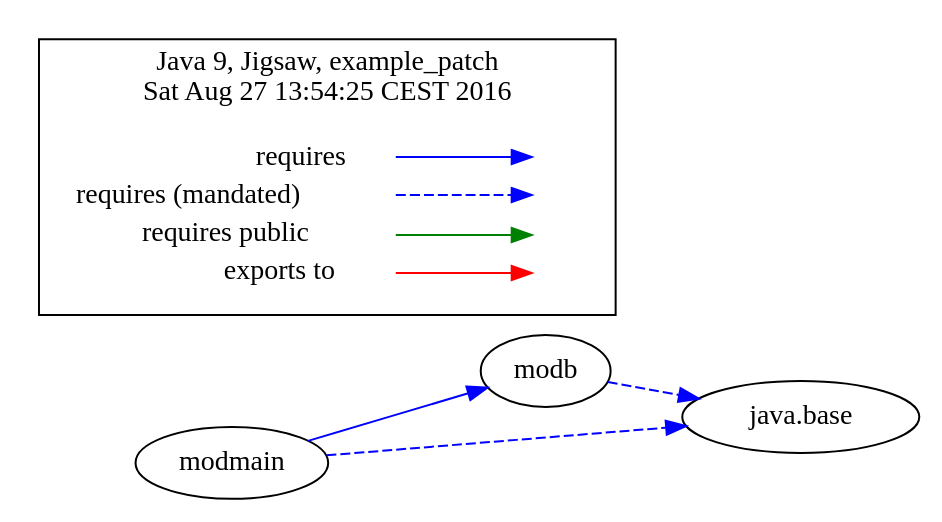
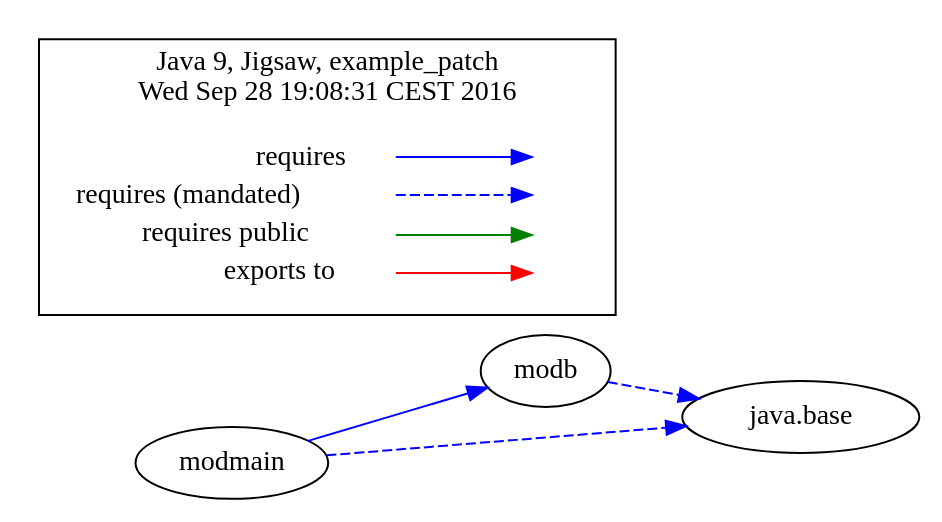
Before and after one commit to accso/java9-jigsaw-examples: the diagram in jigsaw-examples/example_patch/moduledependencies-withlegend.dot, drawn with Graphviz. The commit also changed 117 other files, not shown here.

```diff
--- a/jigsaw-examples/example_patch/moduledependencies-withlegend.dot
+++ b/jigsaw-examples/example_patch/moduledependencies-withlegend.dot
@@ -1,32 +1,32 @@
-# Created by depvis.JigsawDepVisualizer on Sat Aug 27 13:54:25 CEST 2016
+# Created by depvis.JigsawDepVisualizer on Wed Sep 28 19:08:31 CEST 2016
 digraph Java9_Dependency_Visualizer {
 modb[fontname="Consolas",shape="ellipse",label="modb"];
 java_base[fontname="Consolas",shape="ellipse",label="java.base"];
 modmain[fontname="Consolas",shape="ellipse",label="modmain"];
 modb -> java_base[color="#0000ff",fontname="Consolas",fontcolor="#0000ff",style="dashed",weight="16"]
 modmain -> modb[color="#0000ff",fontname="Consolas",fontcolor="#0000ff",weight="8"]
 modmain -> java_base[color="#0000ff",fontname="Consolas",fontcolor="#0000ff",style="dashed",weight="16"]
 rankdir=LR
 node [shape=plaintext]
 subgraph cluster_01 { 
   label = "Java 9, Jigsaw, example_patch
-Sat Aug 27 13:54:25 CEST 2016"
+Wed Sep 28 19:08:31 CEST 2016"
   fontname="Consolas"
   key [label=<<table border="0" cellpadding="2" cellspacing="0" cellborder="0">
     <tr><td align="right" port="i1">requires</td></tr>
     <tr><td align="right" port="i2">requires (mandated)</td></tr>
     <tr><td align="right" port="i3">requires public</td></tr>
     <tr><td align="right" port="i4">exports to</td></tr>
     </table>>,fontname="Consolas"]
   key2 [label=<<table border="0" cellpadding="2" cellspacing="0" cellborder="0">
     <tr><td port="i1">&nbsp;</td></tr>
     <tr><td port="i2">&nbsp;</td></tr>
     <tr><td port="i3">&nbsp;</td></tr>
     <tr><td port="i4">&nbsp;</td></tr>
     </table>>,fontname="Consolas"]
   key:i1:e -> key2:i1:w [color=BLUE]
   key:i2:e -> key2:i2:w [color=BLUE, style=dashed]
   key:i3:e -> key2:i3:w [color=GREEN]
   key:i4:e -> key2:i4:w [color=RED]
 }
 }
```
